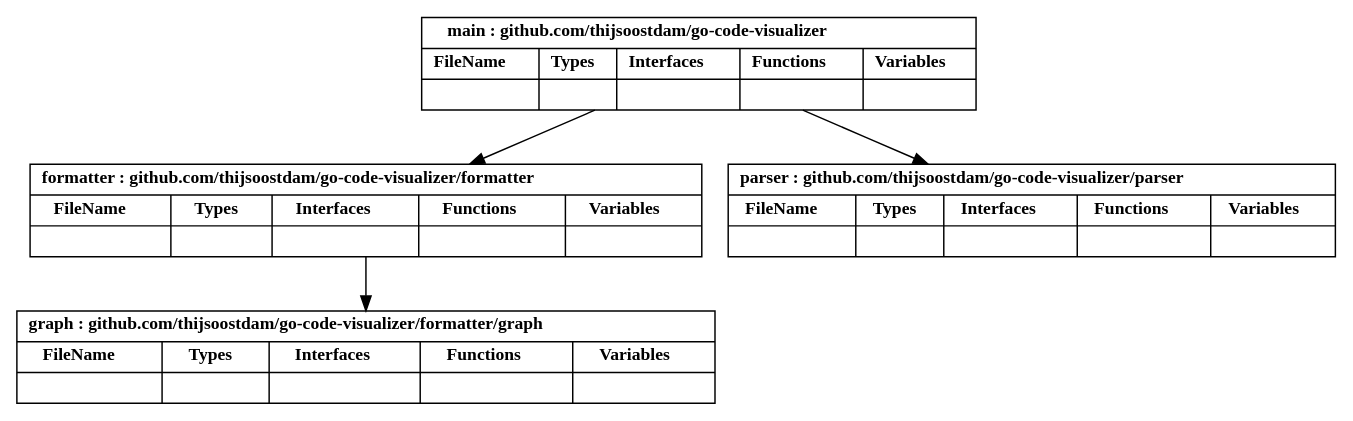
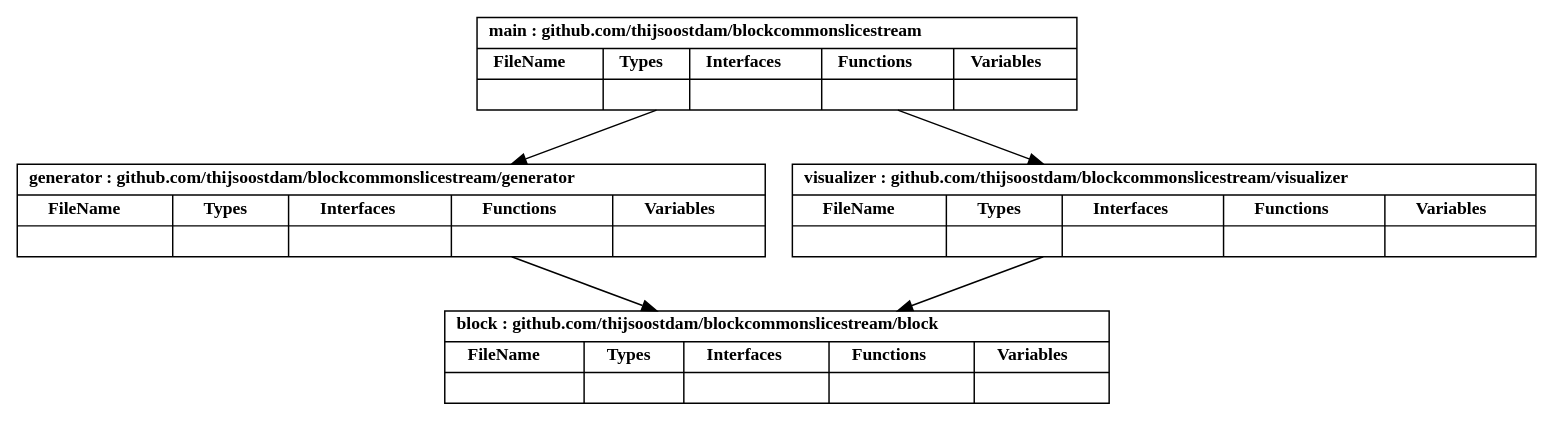
Before and after one commit to CodeHipster/go-code-visualizer: the diagram in dot-visual.gv, drawn with Graphviz. The commit also changed 3 other files, not shown here.

```diff
--- a/dot-visual.gv
+++ b/dot-visual.gv
@@ -1,118 +1,119 @@
 digraph GoProject {
 	rankdir=TB
 	
 	node [
 		fontsize = 12
 		shape = "record"
 	]
 
-	"formatter" [
+	"block" [
 		label=<
-		{	<B><FONT POINT-SIZE="12">formatter : github.com/thijsoostdam/go-code-visualizer/formatter</FONT></B> |
+		{	<B><FONT POINT-SIZE="12">block : github.com/thijsoostdam/blockcommonslicestream/block</FONT></B> |
 			{
 				{
 					<B>FileName</B> |
 				}
 				|
 				{
 					<B>Types</B> |					
 				}
 				|
 				{
 					<B>Interfaces</B> |					
 				}
 				|
 				{
 					<B>Functions</B>|
 				}
 				|
 				{
 					<B>Variables</B>|
 				}
 			}
 		}>
 	]
-	"graph" [
+	"generator" [
 		label=<
-		{	<B><FONT POINT-SIZE="12">graph : github.com/thijsoostdam/go-code-visualizer/formatter/graph</FONT></B> |
+		{	<B><FONT POINT-SIZE="12">generator : github.com/thijsoostdam/blockcommonslicestream/generator</FONT></B> |
 			{
 				{
 					<B>FileName</B> |
 				}
 				|
 				{
 					<B>Types</B> |					
 				}
 				|
 				{
 					<B>Interfaces</B> |					
 				}
 				|
 				{
 					<B>Functions</B>|
 				}
 				|
 				{
 					<B>Variables</B>|
 				}
 			}
 		}>
 	]
 	"main" [
 		label=<
-		{	<B><FONT POINT-SIZE="12">main : github.com/thijsoostdam/go-code-visualizer</FONT></B> |
+		{	<B><FONT POINT-SIZE="12">main : github.com/thijsoostdam/blockcommonslicestream</FONT></B> |
 			{
 				{
 					<B>FileName</B> |
 				}
 				|
 				{
 					<B>Types</B> |					
 				}
 				|
 				{
 					<B>Interfaces</B> |					
 				}
 				|
 				{
 					<B>Functions</B>|
 				}
 				|
 				{
 					<B>Variables</B>|
 				}
 			}
 		}>
 	]
-	"parser" [
+	"visualizer" [
 		label=<
-		{	<B><FONT POINT-SIZE="12">parser : github.com/thijsoostdam/go-code-visualizer/parser</FONT></B> |
+		{	<B><FONT POINT-SIZE="12">visualizer : github.com/thijsoostdam/blockcommonslicestream/visualizer</FONT></B> |
 			{
 				{
 					<B>FileName</B> |
 				}
 				|
 				{
 					<B>Types</B> |					
 				}
 				|
 				{
 					<B>Interfaces</B> |					
 				}
 				|
 				{
 					<B>Functions</B>|
 				}
 				|
 				{
 					<B>Variables</B>|
 				}
 			}
 		}>
 	]
 
-	"formatter" -> "graph"
-	"main" -> "parser"
-	"main" -> "formatter"
+	"generator" -> "block"
+	"main" -> "visualizer"
+	"main" -> "generator"
+	"visualizer" -> "block"
 
 }
```
